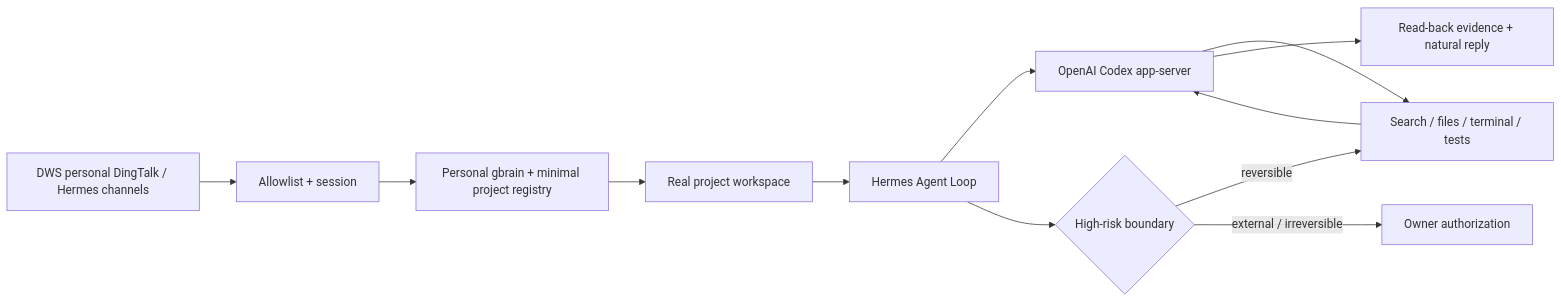
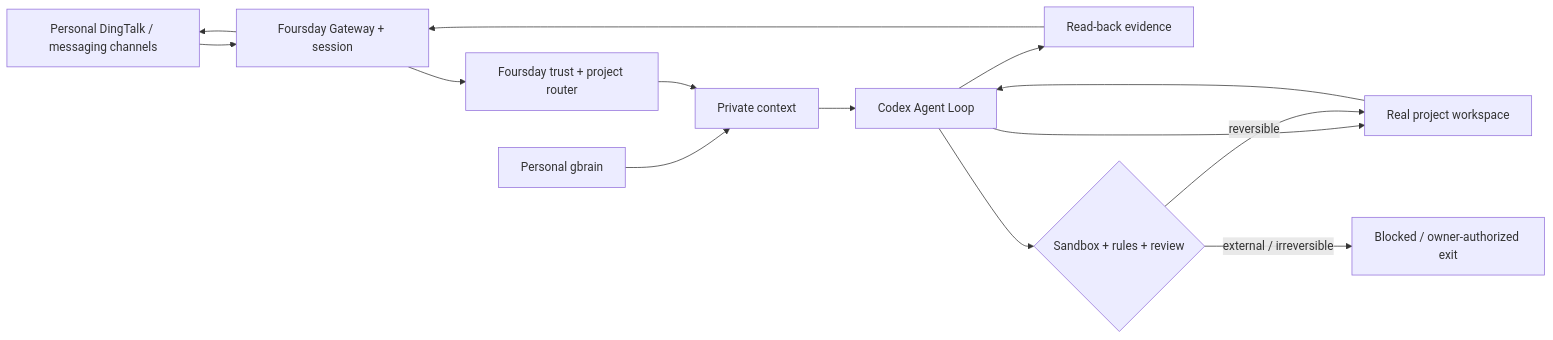
One commit to ruiwang20010702/ai-employee changed the diagram in README.md. Above: the diagram before and after it, drawn with Mermaid. The commit also changed other lines of this file and 520 other files, not shown here.

Commit message:
feat!: rebuild Foursday around a single Codex loop (#85)

````diff
--- a/README.md
+++ b/README.md
@@ -52,14 +36,16 @@
 ```mermaid
 flowchart LR
-    A["DWS personal DingTalk / Hermes channels"] --> B["Allowlist + session"]
-    B --> C["Personal gbrain + minimal project registry"]
-    C --> D["Real project workspace"]
-    D --> E["Hermes Agent Loop"]
-    E --> F["OpenAI Codex app-server"]
-    F --> G["Search / files / terminal / tests"]
-    G --> F
-    F --> H["Read-back evidence + natural reply"]
-    E --> I{"High-risk boundary"}
-    I -->|"reversible"| G
-    I -->|"external / irreversible"| J["Owner authorization"]
+    M["Personal DingTalk / messaging channels"] --> T["Foursday Gateway + session"]
+    T --> R["Foursday trust + project router"]
+    G["Personal gbrain"] --> C["Private context"]
+    R --> C
+    C --> X["Codex Agent Loop"]
+    X --> W["Real project workspace"]
+    W --> X
+    X --> V["Read-back evidence"]
+    V --> T
+    T --> M
+    X --> B{"Sandbox + rules + review"}
+    B -->|"reversible"| W
+    B -->|"external / irreversible"| O["Blocked / owner-authorized exit"]
 ```
````
